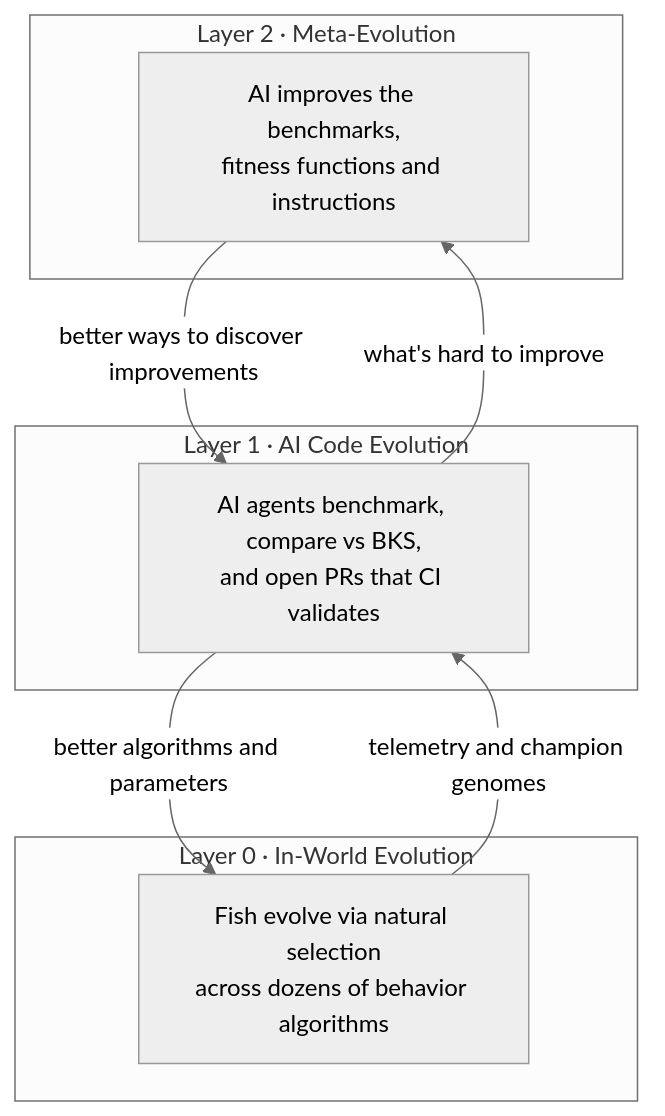
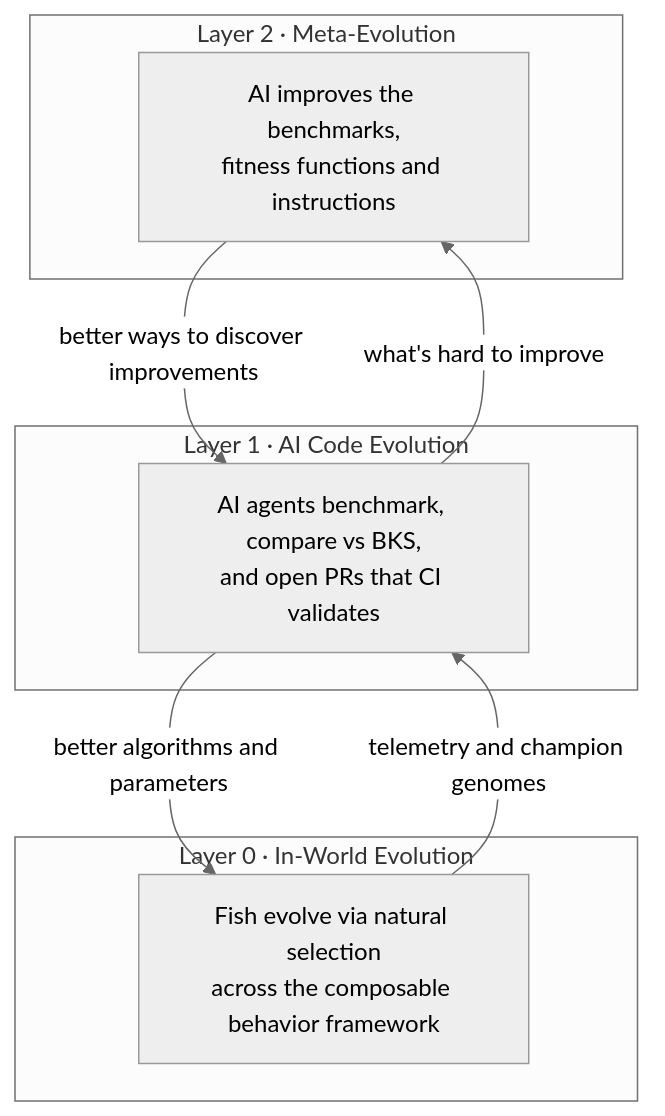
Before and after one commit to mbolaris/tank: the first of 2 diagrams in README.md, drawn with Mermaid (neutral theme). The commit also changed other lines of this file and 3 other files, not shown here.

````diff
--- a/README.md
+++ b/README.md
@@ -38,16 +38,16 @@
 ```mermaid
 flowchart TB
     subgraph L2["Layer 2 · Meta-Evolution"]
         M[AI improves the benchmarks,<br/>fitness functions and instructions]
     end
     subgraph L1["Layer 1 · AI Code Evolution"]
         A[AI agents benchmark, compare vs BKS,<br/>and open PRs that CI validates]
     end
     subgraph L0["Layer 0 · In-World Evolution"]
-        F[Fish evolve via natural selection<br/>across dozens of behavior algorithms]
+        F[Fish evolve via natural selection<br/>across the composable behavior framework]
     end
     M -->|better ways to discover improvements| A
     A -->|better algorithms and parameters| F
     F -->|telemetry and champion genomes| A
     A -->|what's hard to improve| M
 ```
````
